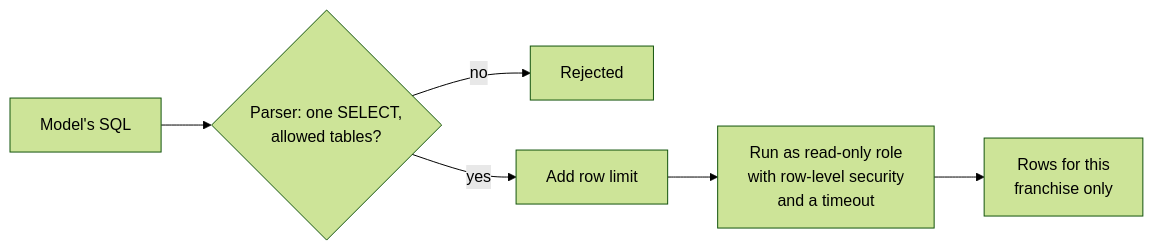
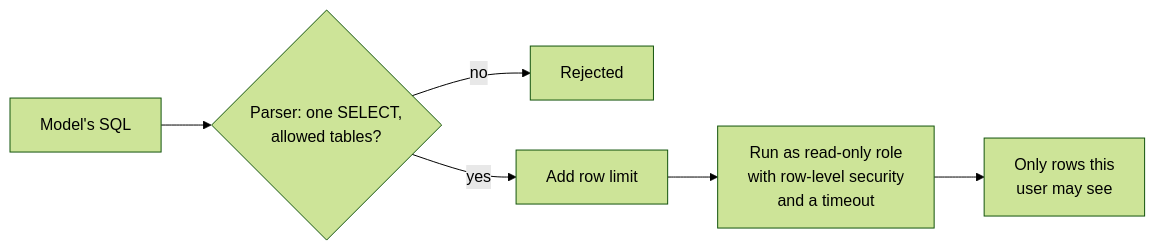
Before and after one commit to shubamchaudhary/CodeNITW: the fifth of 7 diagrams in src/Data/aiStackDocs/CH-11.md, drawn with Mermaid (forest theme). The commit also changed other lines of this file and 32 other files, not shown here.

````diff
--- a/src/Data/aiStackDocs/CH-11.md
+++ b/src/Data/aiStackDocs/CH-11.md
@@ -109,8 +109,8 @@
 ```mermaid
 flowchart LR
     Q["Model's SQL"] --> P{"Parser: one SELECT,<br/>allowed tables?"}
     P -->|"no"| R["Rejected"]
     P -->|"yes"| L["Add row limit"]
     L --> DB["Run as read-only role<br/>with row-level security<br/>and a timeout"]
-    DB --> RES["Rows for this<br/>franchise only"]
+    DB --> RES["Only rows this<br/>user may see"]
 ```
````
